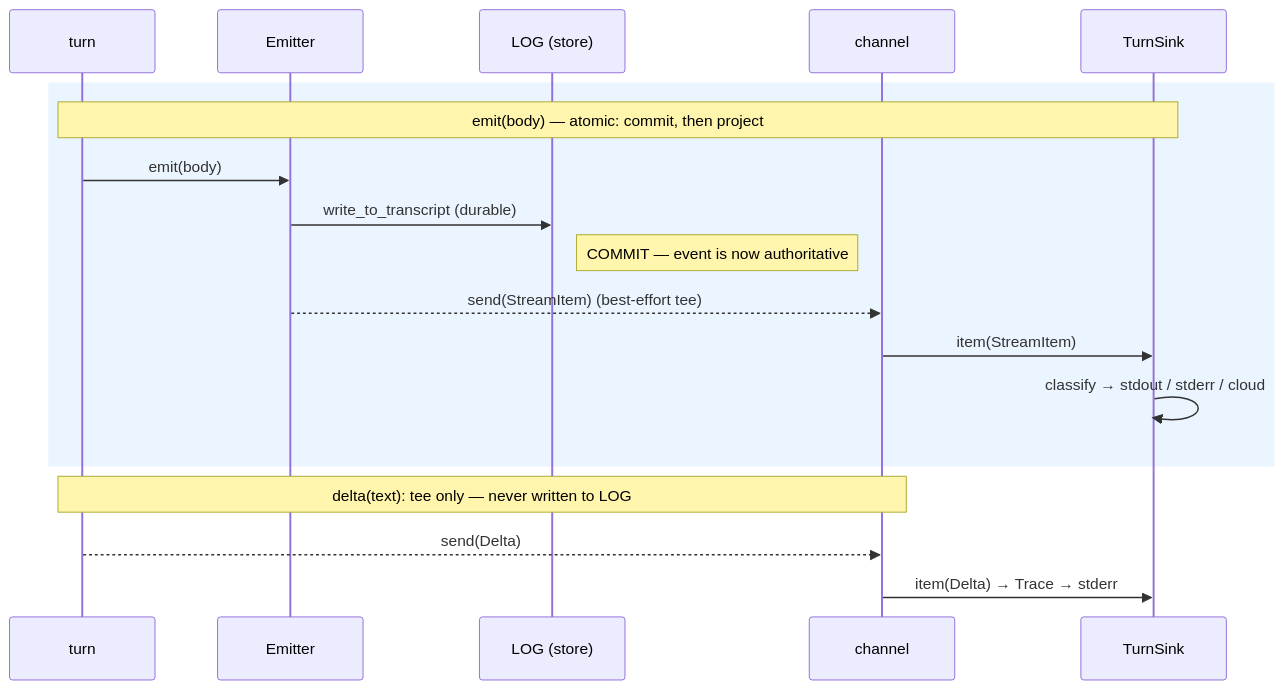
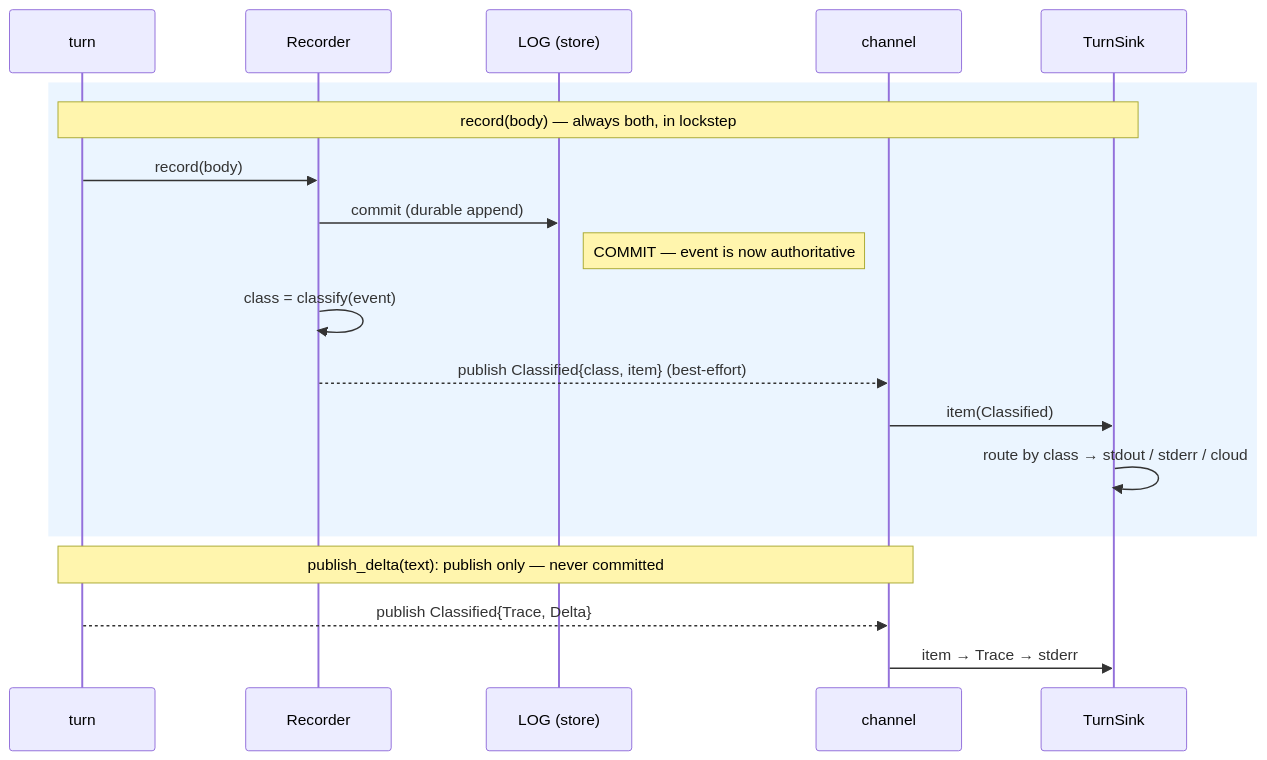
Before and after one commit to qtpi-bonding/gait: the second of 3 diagrams in gait-rs/docs/specs/2026-06-13-turn-io-ports.diagram.md, drawn with Mermaid. The commit also changed other lines of this file and 1 other file, not shown here.

First line of the commit message:
docs: rename Emitter→Recorder; record=commit+publish lockstep

````diff
--- a/gait-rs/docs/specs/2026-06-13-turn-io-ports.diagram.md
+++ b/gait-rs/docs/specs/2026-06-13-turn-io-ports.diagram.md
@@ -47,22 +48,23 @@
 ```mermaid
 sequenceDiagram
     participant T as turn
-    participant E as Emitter
+    participant R as Recorder
     participant L as LOG (store)
     participant C as channel
     participant S as TurnSink
 
     rect rgb(235, 245, 255)
-    Note over T,S: emit(body) — atomic: commit, then project
-    T->>E: emit(body)
-    E->>L: write_to_transcript (durable)
+    Note over T,S: record(body) — always both, in lockstep
+    T->>R: record(body)
+    R->>L: commit (durable append)
     Note right of L: COMMIT — event is now authoritative
-    E-->>C: send(StreamItem) (best-effort tee)
-    C->>S: item(StreamItem)
-    S->>S: classify → stdout / stderr / cloud
+    R->>R: class = classify(event)
+    R-->>C: publish Classified{class, item} (best-effort)
+    C->>S: item(Classified)
+    S->>S: route by class → stdout / stderr / cloud
     end
 
-    Note over T,C: delta(text): tee only — never written to LOG
-    T-->>C: send(Delta)
-    C->>S: item(Delta) → Trace → stderr
+    Note over T,C: publish_delta(text): publish only — never committed
+    T-->>C: publish Classified{Trace, Delta}
+    C->>S: item → Trace → stderr
 ```
````
